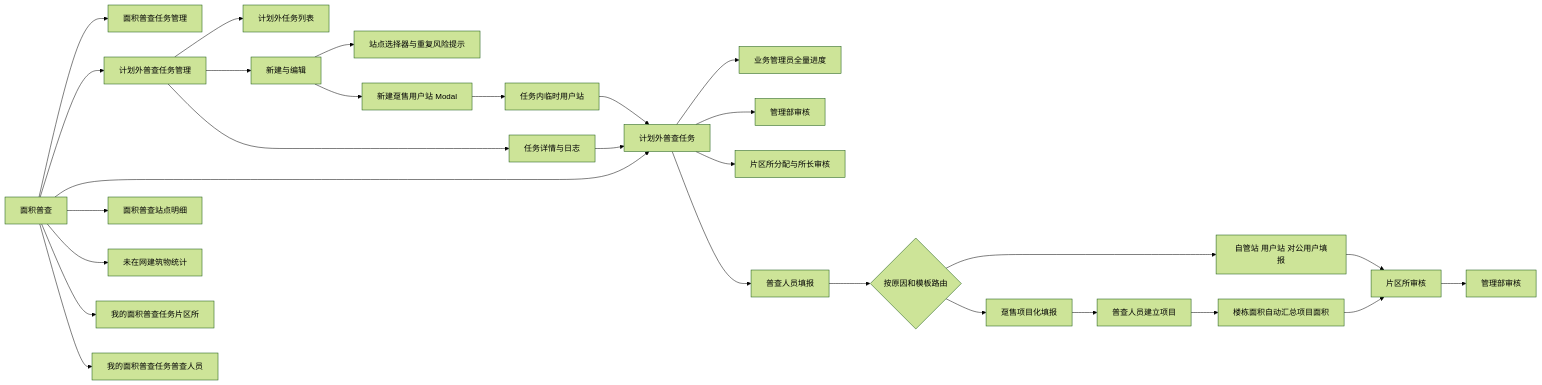
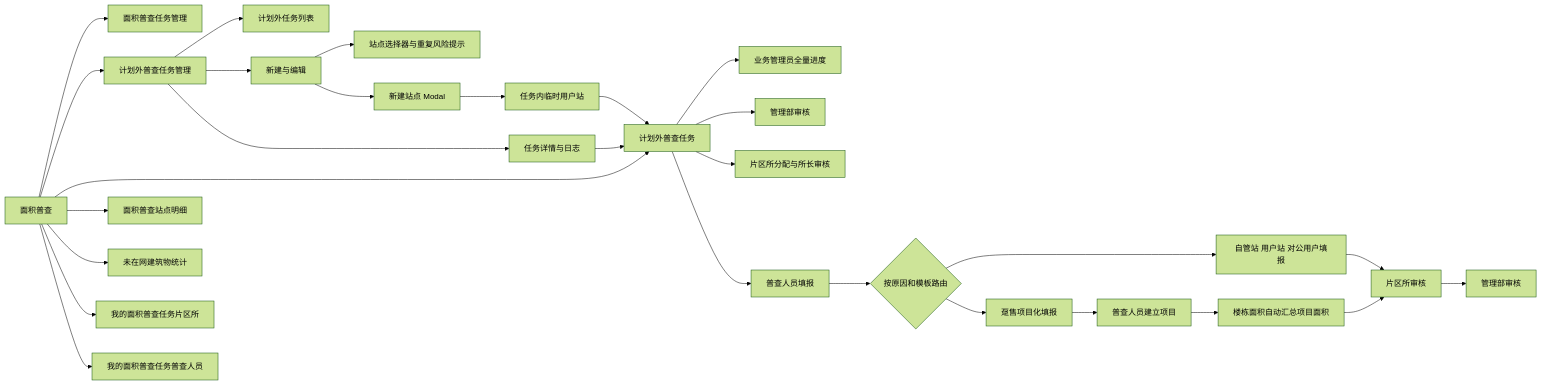
One commit to caicai9807-code/Area-survey changed the first of 2 diagrams in docs/计划外普查任务管理-系统建设方案.md. Above: the diagram before and after it, drawn with Mermaid (forest theme). The commit also changed other lines of this file and 5 other files, not shown here.

````diff
--- a/docs/计划外普查任务管理-系统建设方案.md
+++ b/docs/计划外普查任务管理-系统建设方案.md
@@ -15,30 +15,30 @@
 ```mermaid
 flowchart LR
     A[面积普查] --> B[面积普查任务管理]
     A --> C[计划外普查任务管理]
     A --> D[计划外普查任务]
     A --> E[面积普查站点明细]
     A --> F[未在网建筑物统计]
     A --> G[我的面积普查任务片区所]
     A --> H[我的面积普查任务普查人员]
     C --> C1[计划外任务列表]
     C --> C2[新建与编辑]
     C --> C3[任务详情与日志]
     C2 --> I[站点选择器与重复风险提示]
-    C2 --> T[新建趸售用户站 Modal]
+    C2 --> T[新建站点 Modal]
     T --> T1[任务内临时用户站]
     T1 --> D
     C3 --> D
     D --> D1[业务管理员全量进度]
     D --> D2[管理部审核]
     D --> D3[片区所分配与所长审核]
     D --> D4[普查人员填报]
     D4 --> J{按原因和模板路由}
     J --> J1[自管站 用户站 对公用户填报]
     J --> J2[趸售项目化填报]
     J2 --> J3[普查人员建立项目]
     J3 --> J4[楼栋面积自动汇总项目面积]
     J1 --> K[片区所审核]
     J4 --> K
     K --> L[管理部审核]
 ```
````
